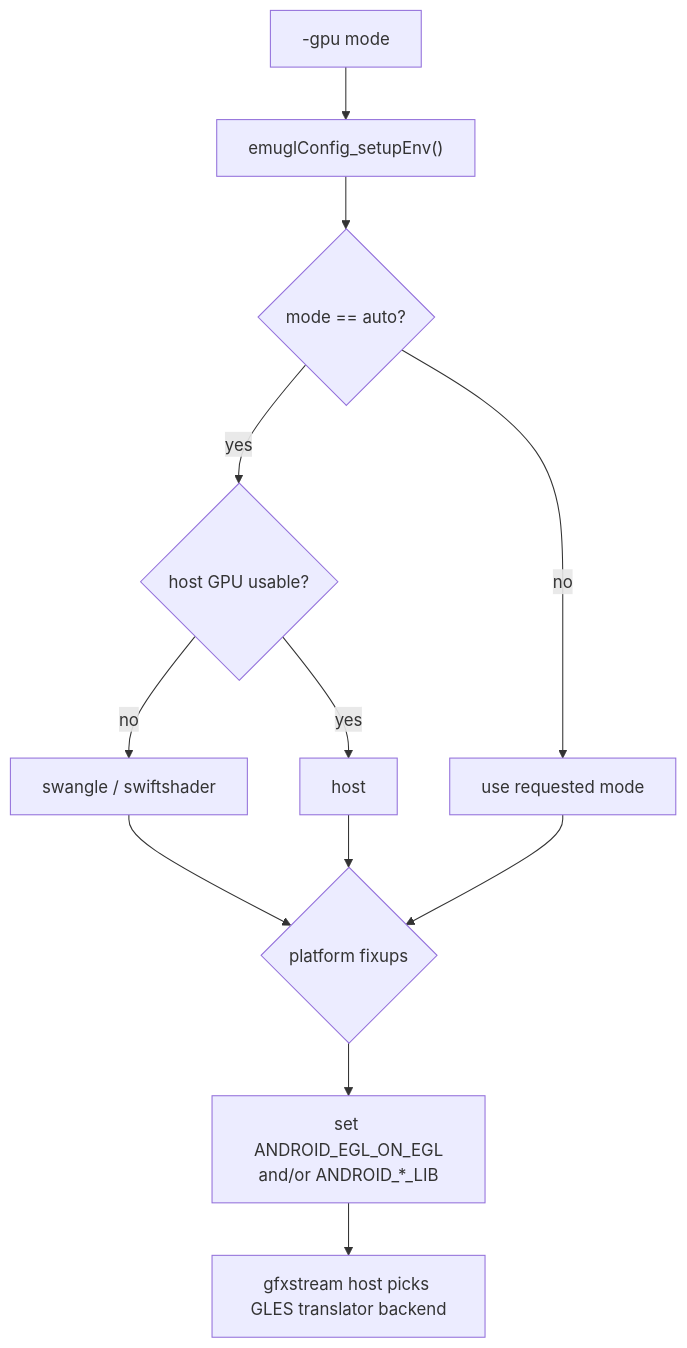
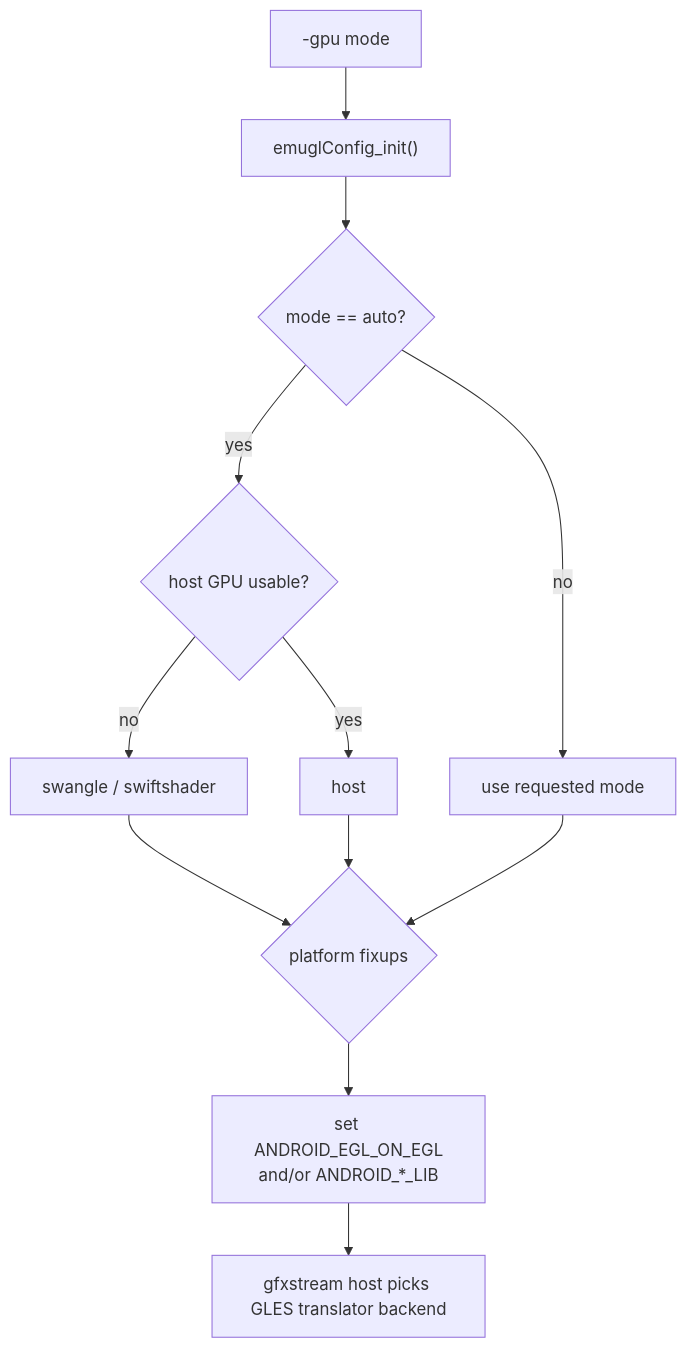
One commit to aospbooks/android-emulator-internal-book changed the second of 7 diagrams in 13-host-rendering.md. Above: the diagram before and after it, drawn with Mermaid. The commit also changed other lines of this file and 21 other files, not shown here.

First line of the commit message:
Review pass: verify accuracy, fix mermaid parse error, converge chapters

````diff
--- a/13-host-rendering.md
+++ b/13-host-rendering.md
@@ -147,14 +147,14 @@
 ```mermaid
 flowchart TB
-  U["-gpu mode"] --> CFG["emuglConfig_setupEnv()"]
+  U["-gpu mode"] --> CFG["emuglConfig_init()"]
   CFG --> A{"mode == auto?"}
   A -->|yes| B{"host GPU usable?"}
   B -->|no| SW["swangle / swiftshader"]
   B -->|yes| HOST["host"]
   A -->|no| KEEP["use requested mode"]
   SW --> P{"platform fixups"}
   KEEP --> P
   HOST --> P
   P --> ENV["set ANDROID_EGL_ON_EGL<br/>and/or ANDROID_*_LIB"]
   ENV --> GFX["gfxstream host picks GLES translator backend"]
 ```
````
